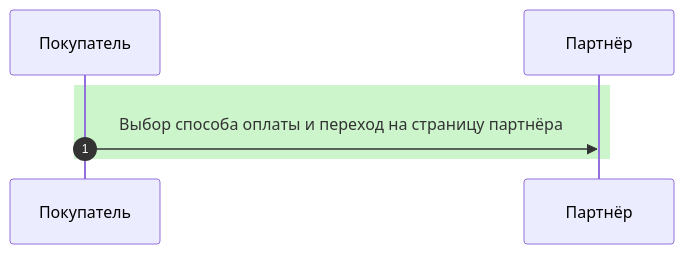
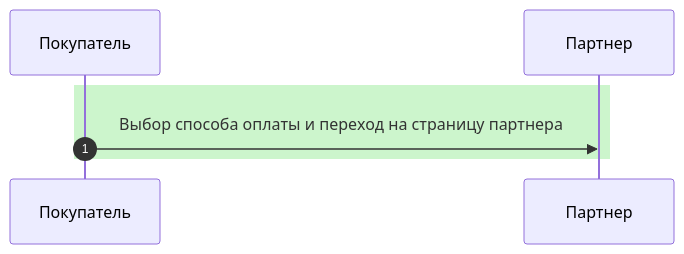
Before and after one commit to YIGRIKY/invoicebox-docs: the diagram in docs/business/schema.md, drawn with Mermaid.

Commit message:
Scheme fix update

```diff
--- a/docs/business/schema.md
+++ b/docs/business/schema.md
@@ -10,9 +10,9 @@
 <div class="mermaid">
 sequenceDiagram
     autonumber
     participant Покупатель
-    participant Партнёр
+    participant Партнер
     rect rgb(204, 245, 204)
-      Покупатель->>Партнёр: Выбор способа оплаты и переход на страницу партнёра
+      Покупатель->>Партнер: Выбор способа оплаты и переход на страницу партнера
     end
 </div>
```
